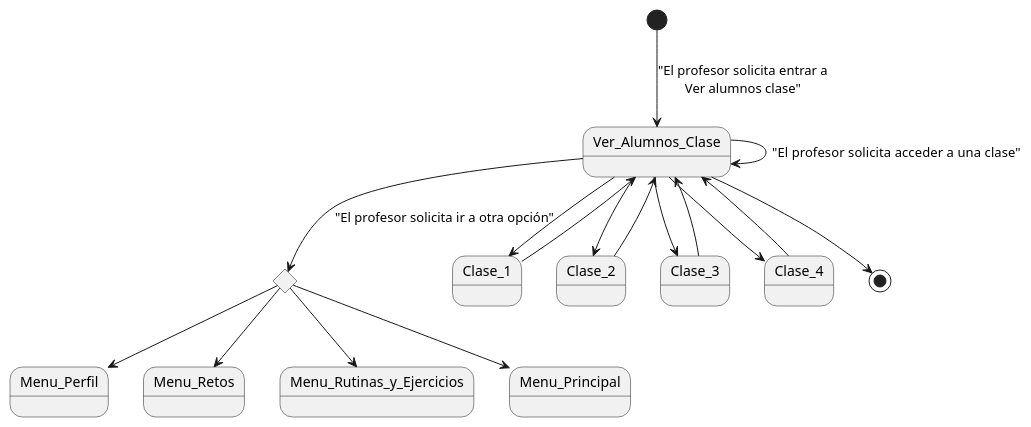
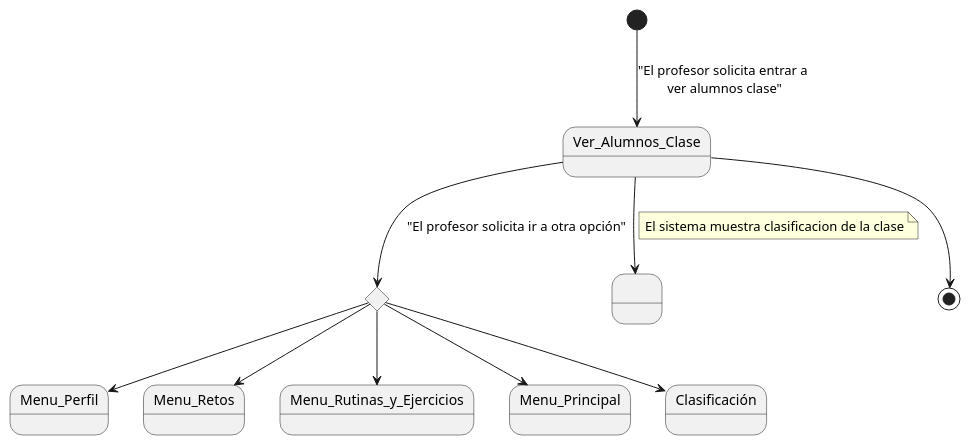
The diagram in Documentos/DetallarCasosDeUso/Ver_Alumnos_Clase.puml (mmasias/24-25-IdSw1-SDR), drawn with PlantUML before and after one commit.

Commit message:
desarrollo de caso de uso de ver alumnos clase

```diff
--- a/Documentos/DetallarCasosDeUso/Ver_Alumnos_Clase.puml
+++ b/Documentos/DetallarCasosDeUso/Ver_Alumnos_Clase.puml
@@ -1,33 +1,29 @@
 @startuml
 state Ver_Alumnos_Clase
 state rombo2 <<choice>>
-state Clase_1
-state Clase_2
-state Clase_3
-state Clase_4
+
 state Menu_Perfil
 state Menu_Retos
 state Menu_Rutinas_y_Ejercicios
 state Menu_Principal
+state Clasificación
 
-[*] --> Ver_Alumnos_Clase : "El profesor solicita entrar a\nVer alumnos clase"
+[*] --> Ver_Alumnos_Clase : "El profesor solicita entrar a\n ver alumnos clase"
 
-Ver_Alumnos_Clase --> Ver_Alumnos_Clase : "El profesor solicita acceder a una  clase"
-Ver_Alumnos_Clase --> Clase_1
-Ver_Alumnos_Clase --> Clase_2
-Clase_1 --> Ver_Alumnos_Clase
-Clase_2 --> Ver_Alumnos_Clase
-Ver_Alumnos_Clase --> Clase_3
-Clase_3 --> Ver_Alumnos_Clase
-Ver_Alumnos_Clase --> Clase_4
-Clase_4 --> Ver_Alumnos_Clase
+state " " as Estado1 
+
+Ver_Alumnos_Clase --> Estado1 
+note on link
+El sistema muestra clasificacion de la clase
+end note
+
 
 
 Ver_Alumnos_Clase --> rombo2 : "El profesor solicita ir a otra opción"
 rombo2 --> Menu_Perfil
 rombo2 --> Menu_Retos
 rombo2 --> Menu_Rutinas_y_Ejercicios
 rombo2 --> Menu_Principal
-
-Ver_Alumnos_Clase --> [*]
+rombo2 --> Clasificación
+Ver_Alumnos_Clase --> [*]
 @enduml
```
